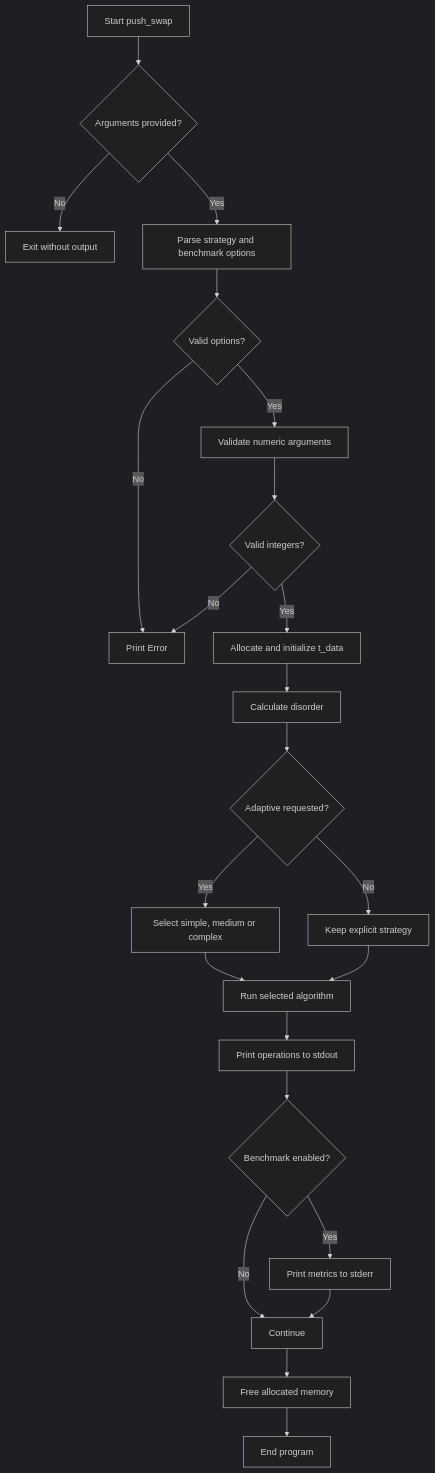
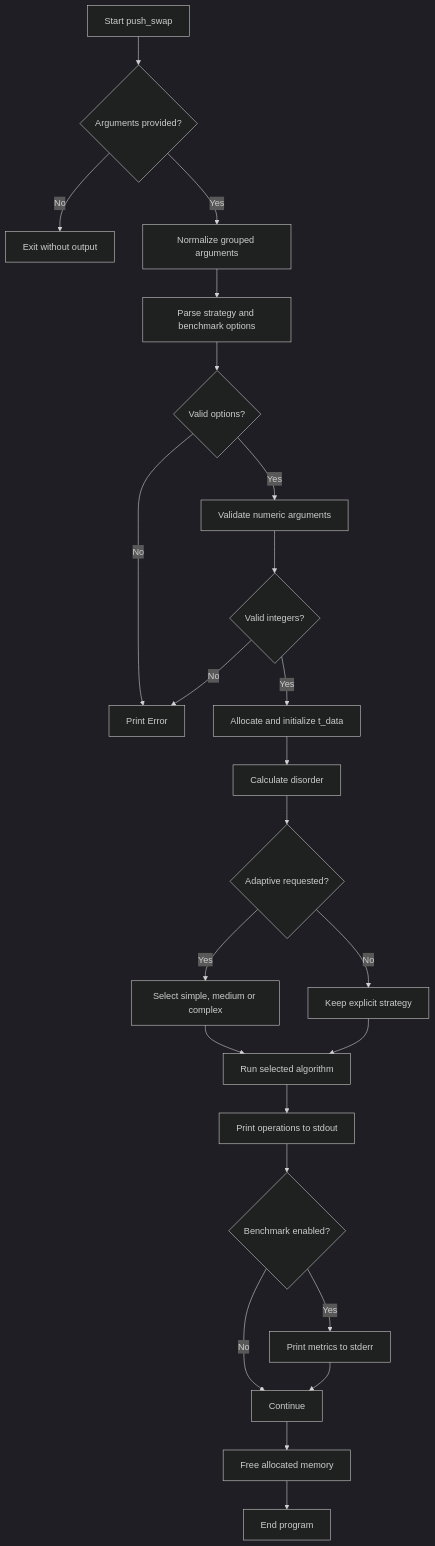
The fifth of 5 diagrams in README.md (lorena-damas/push_swap), drawn with Mermaid (dark theme) before and after one commit. The commit also changed other lines of this file and 7 other files, not shown here.

````diff
--- a/README.md
+++ b/README.md
@@ -880,32 +900,33 @@
 ```mermaid
 flowchart TD
     A[Start push_swap] --> B{Arguments provided?}
 
     B -- No --> Z[Exit without output]
-    B -- Yes --> C[Parse strategy and benchmark options]
+    B -- Yes --> C[Normalize grouped arguments]
 
-    C --> D{Valid options?}
-    D -- No --> E[Print Error]
-    D -- Yes --> F[Validate numeric arguments]
+    C --> D[Parse strategy and benchmark options]
+    D --> E{Valid options?}
+    E -- No --> F[Print Error]
+    E -- Yes --> G[Validate numeric arguments]
 
-    F --> G{Valid integers?}
-    G -- No --> E
-    G -- Yes --> H[Allocate and initialize t_data]
+    G --> H{Valid integers?}
+    H -- No --> F
+    H -- Yes --> I[Allocate and initialize t_data]
 
-    H --> I[Calculate disorder]
-    I --> J{Adaptive requested?}
+    I --> J[Calculate disorder]
+    J --> K{Adaptive requested?}
 
-    J -- Yes --> K[Select simple, medium or complex]
-    J -- No --> L[Keep explicit strategy]
+    K -- Yes --> L[Select simple, medium or complex]
+    K -- No --> M[Keep explicit strategy]
 
-    K --> M[Run selected algorithm]
-    L --> M
-    M --> N[Print operations to stdout]
-    N --> O{Benchmark enabled?}
+    L --> N[Run selected algorithm]
+    M --> N
+    N --> O[Print operations to stdout]
+    O --> P{Benchmark enabled?}
 
-    O -- Yes --> P[Print metrics to stderr]
-    O -- No --> Q[Continue]
-    P --> Q
-    Q --> R[Free allocated memory]
-    R --> S[End program]
+    P -- Yes --> Q[Print metrics to stderr]
+    P -- No --> R[Continue]
+    Q --> R
+    R --> S[Free allocated memory]
+    S --> T[End program]
 ```
````
